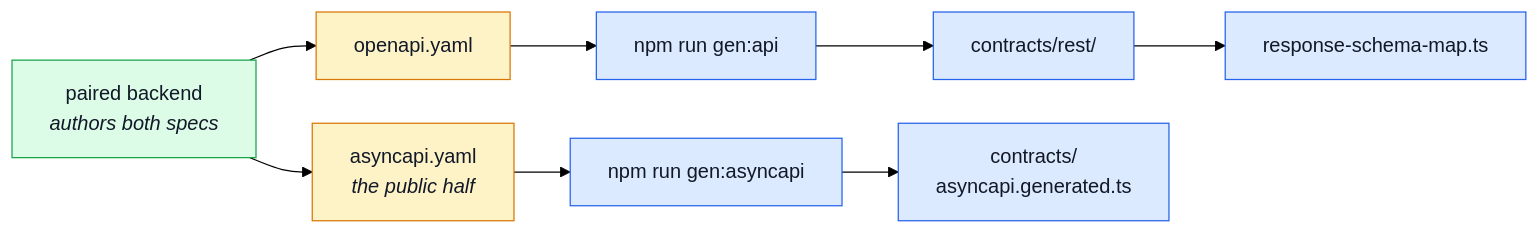
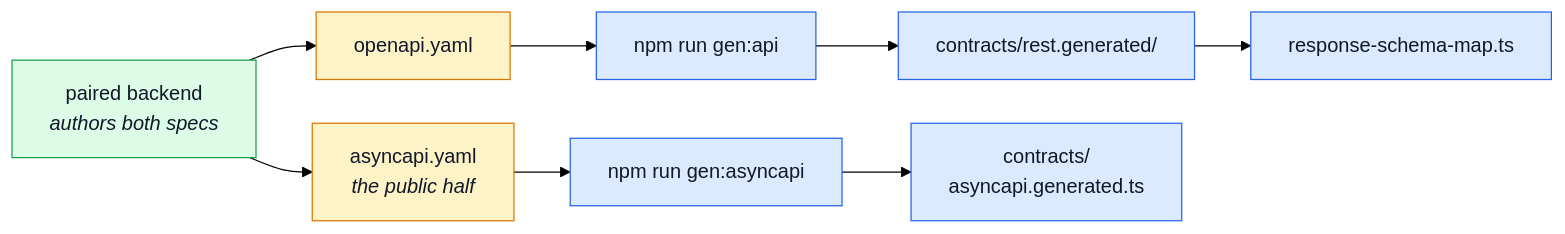
The diagram in docs/reference/contracts.md (Guebbit/boilerplate-vue-frontend), drawn with Mermaid (forest theme) before and after one commit. The commit also changed other lines of this file and 99 other files, not shown here.

First line of the commit message:
refactor(contracts): mark every generated output with a .generated name

````diff
--- a/docs/reference/contracts.md
+++ b/docs/reference/contracts.md
@@ -15,18 +15,18 @@
 ```mermaid
 %%{init: {'flowchart': {'nodeSpacing': 35, 'rankSpacing': 45}}}%%
 flowchart LR
     BE["paired backend<br/><i>authors both specs</i>"] --> O["openapi.yaml"]
     BE --> A["asyncapi.yaml<br/><i>the public half</i>"]
     O --> Orval["npm run gen:api"]
-    Orval --> C["contracts/rest/"]
+    Orval --> C["contracts/rest.generated/"]
     A --> Gen["npm run gen:asyncapi"]
     Gen --> T["contracts/<br/>asyncapi.generated.ts"]
     C --> Map["response-schema-map.ts"]
 
     classDef ext fill:#dcfce7,stroke:#16a34a,color:#111827;
     classDef spec fill:#fef3c7,stroke:#d97706,color:#111827;
     classDef gen fill:#dbeafe,stroke:#2563eb,color:#111827;
     class BE ext;
     class O,A spec;
     class Orval,Gen,C,T,Map gen;
 ```
````
